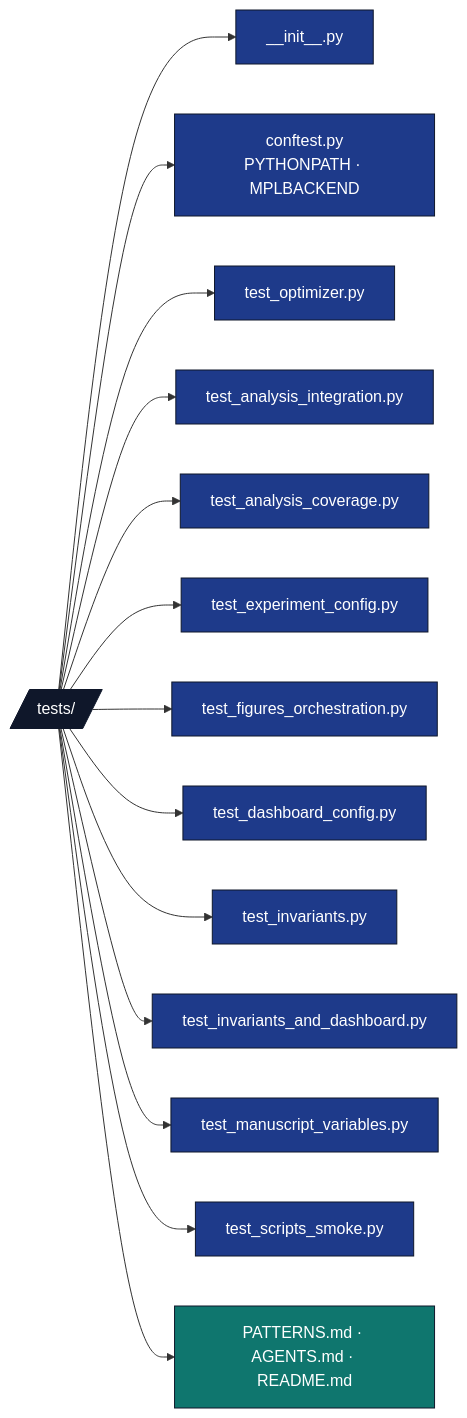
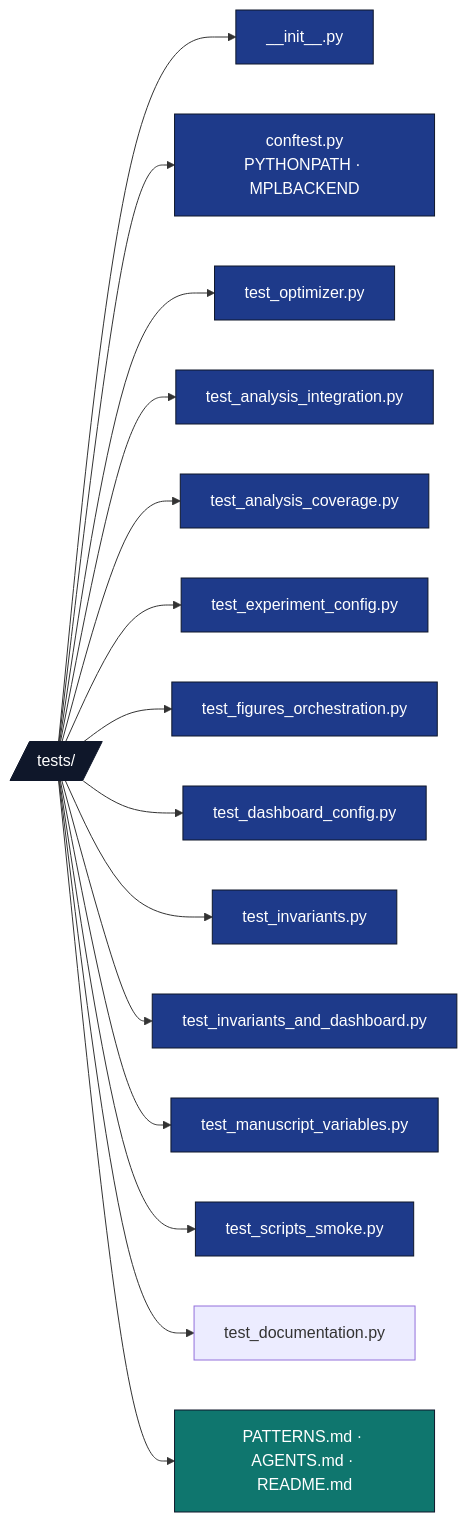
Before and after one commit to docxology/template: the diagram in projects/template_code_project/tests/AGENTS.md, drawn with Mermaid. The commit also changed 128 other files, not shown here.

````diff
--- a/projects/template_code_project/tests/AGENTS.md
+++ b/projects/template_code_project/tests/AGENTS.md
@@ -16,24 +16,25 @@
 ```mermaid
 flowchart LR
     T[/tests//]
     T --> INIT[__init__.py]
     T --> CFG[conftest.py<br/>PYTHONPATH · MPLBACKEND]
     T --> TEST[test_optimizer.py]
     T --> TAI[test_analysis_integration.py]
     T --> TAC[test_analysis_coverage.py]
     T --> TEC[test_experiment_config.py]
     T --> TFO[test_figures_orchestration.py]
     T --> TDC[test_dashboard_config.py]
     T --> TINV[test_invariants.py]
     T --> TIDA[test_invariants_and_dashboard.py]
     T --> TMV[test_manuscript_variables.py]
     T --> TSS[test_scripts_smoke.py]
+    T --> TDOC[test_documentation.py]
     T --> DOCS[PATTERNS.md · AGENTS.md · README.md]
 
     classDef d fill:#0f172a,stroke:#0f172a,color:#fff
     classDef code fill:#1e3a8a,stroke:#0f172a,color:#fff
     classDef doc fill:#0f766e,stroke:#0f172a,color:#fff
     class T d
     class INIT,CFG,TEST,TAI,TAC,TEC,TFO,TDC,TINV,TIDA,TMV,TSS code
     class DOCS doc
 ```
````
